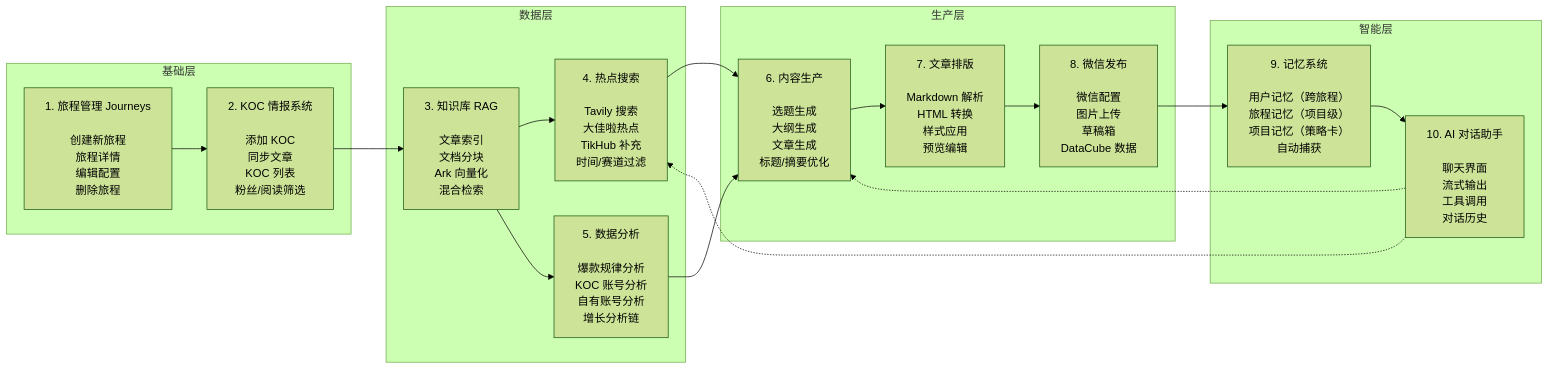
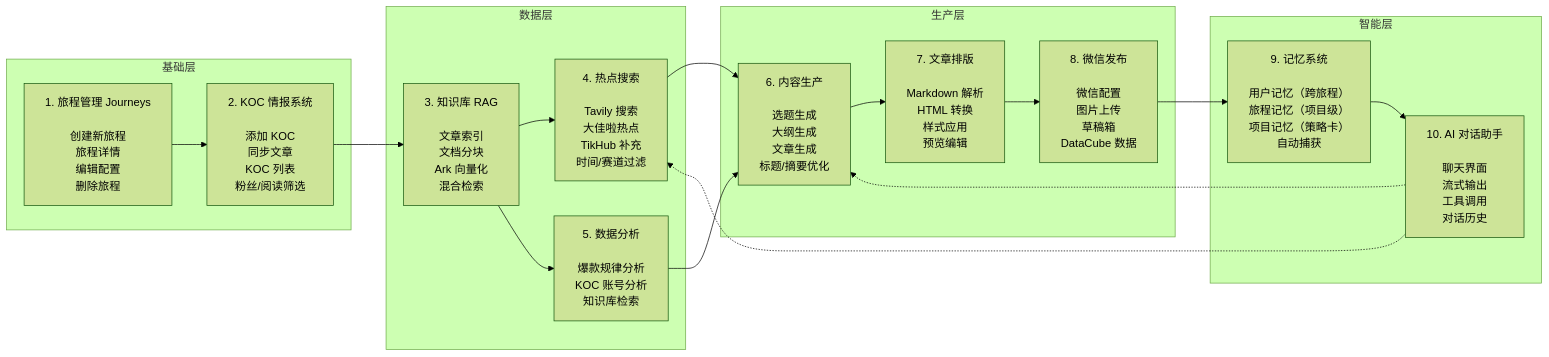
Before and after one commit to huangwenxuangod/niche: the tenth of 11 diagrams in ARCHITECTURE.md, drawn with Mermaid (forest theme). The commit also changed other lines of this file and 20 other files, not shown here.

````diff
--- a/ARCHITECTURE.md
+++ b/ARCHITECTURE.md
@@ -744,37 +733,37 @@
 ```mermaid
 graph LR
     subgraph "基础层"
         G1["1. 旅程管理 Journeys<br/><br/>创建新旅程<br/>旅程详情<br/>编辑配置<br/>删除旅程"]
         G2["2. KOC 情报系统<br/><br/>添加 KOC<br/>同步文章<br/>KOC 列表<br/>粉丝/阅读筛选"]
     end
 
     subgraph "数据层"
         G3["3. 知识库 RAG<br/><br/>文章索引<br/>文档分块<br/>Ark 向量化<br/>混合检索"]
         G4["4. 热点搜索<br/><br/>Tavily 搜索<br/>大佳啦热点<br/>TikHub 补充<br/>时间/赛道过滤"]
-        G5["5. 数据分析<br/><br/>爆款规律分析<br/>KOC 账号分析<br/>自有账号分析<br/>增长分析链"]
+        G5["5. 数据分析<br/><br/>爆款规律分析<br/>KOC 账号分析<br/>知识库检索"]
     end
 
     subgraph "生产层"
         G6["6. 内容生产<br/><br/>选题生成<br/>大纲生成<br/>文章生成<br/>标题/摘要优化"]
         G7["7. 文章排版<br/><br/>Markdown 解析<br/>HTML 转换<br/>样式应用<br/>预览编辑"]
         G8["8. 微信发布<br/><br/>微信配置<br/>图片上传<br/>草稿箱<br/>DataCube 数据"]
     end
 
     subgraph "智能层"
         G9["9. 记忆系统<br/><br/>用户记忆（跨旅程）<br/>旅程记忆（项目级）<br/>项目记忆（策略卡）<br/>自动捕获"]
         G10["10. AI 对话助手<br/><br/>聊天界面<br/>流式输出<br/>工具调用<br/>对话历史"]
     end
 
     G1 --> G2
     G2 --> G3
     G3 --> G4
     G3 --> G5
     G4 --> G6
     G5 --> G6
     G6 --> G7
     G7 --> G8
     G8 --> G9
     G9 --> G10
     G10 -.-> G4
     G10 -.-> G6
 ```
````
